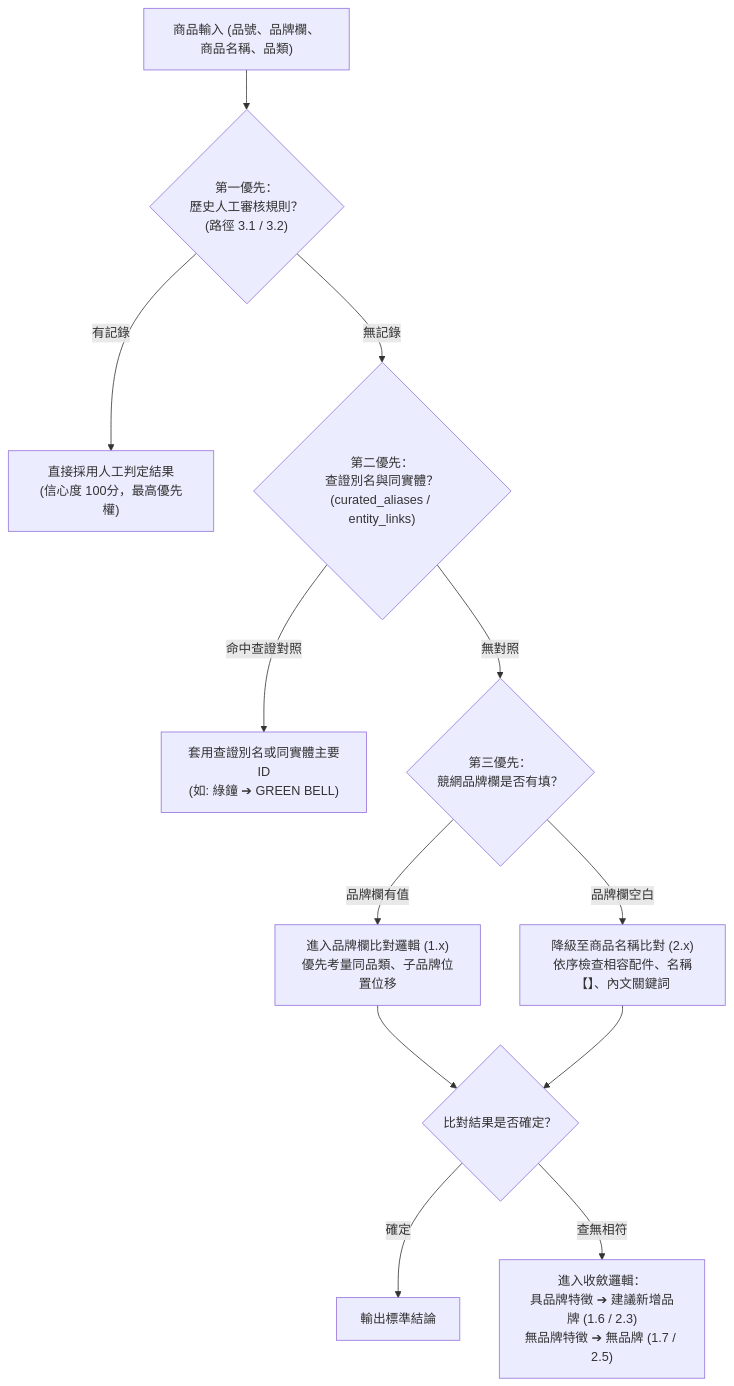
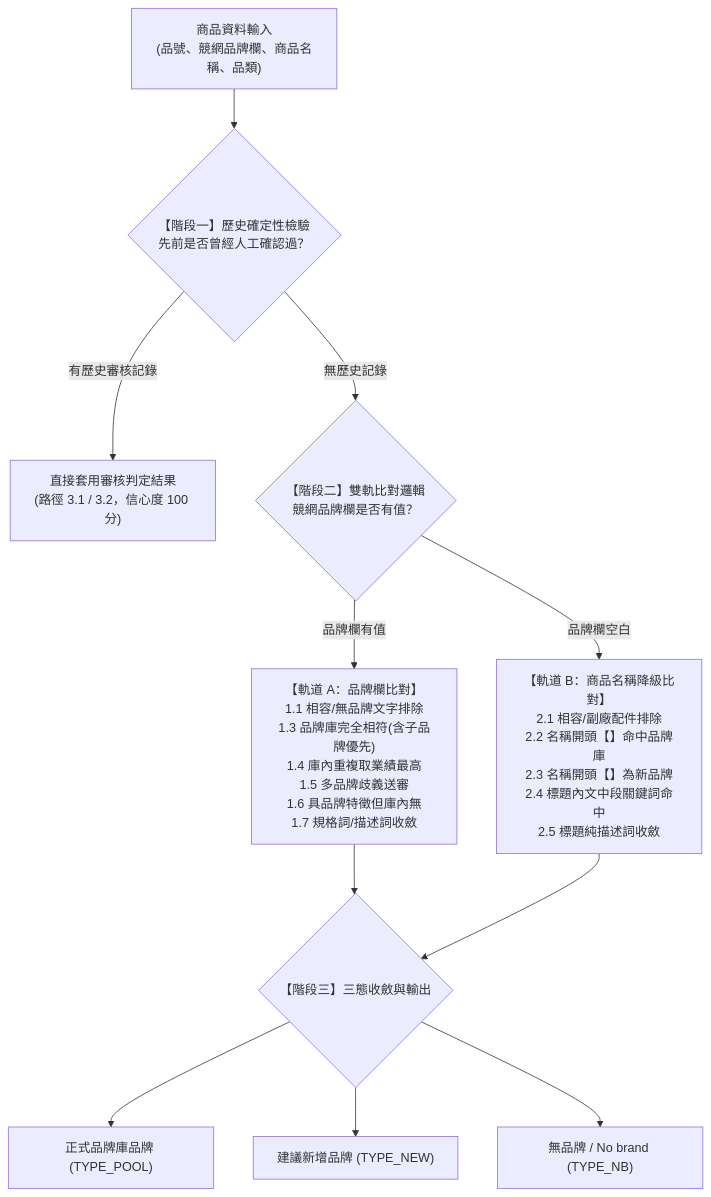
The diagram in 判斷規則與流程.md (griffin-hihihi/brand-tagging-Doc), drawn with Mermaid before and after one commit. The commit also changed other lines of this file and 3 other files, not shown here.

````diff
--- a/判斷規則與流程.md
+++ b/判斷規則與流程.md
@@ -15,16 +38,18 @@
 ```mermaid
 flowchart TD
-    Start["商品輸入 (品號、品牌欄、商品名稱、品類)"] --> P1{"第一優先：<br>歷史人工審核規則？<br>(路徑 3.1 / 3.2)"}
-    P1 -- "有記錄" --> End1["直接採用人工判定結果<br>(信心度 100分，最高優先權)"]
-    P1 -- "無記錄" --> P2{"第二優先：<br>查證別名與同實體？<br>(curated_aliases / entity_links)"}
-    P2 -- "命中查證對照" --> End2["套用查證別名或同實體主要ID<br>(如: 綠鐘 ➔ GREEN BELL)"]
-    P2 -- "無對照" --> P3{"第三優先：<br>競網品牌欄是否有填？"}
+    Start["商品資料輸入<br>(品號、競網品牌欄、商品名稱、品類)"] --> Step1{"【階段一】歷史確定性檢驗<br>先前是否曾經人工確認過？"}
     
-    P3 -- "品牌欄有值" --> End3["進入品牌欄比對邏輯 (1.x)<br>優先考量同品類、子品牌位置位移"]
-    P3 -- "品牌欄空白" --> End4["降級至商品名稱比對 (2.x)<br>依序檢查相容配件、名稱【】、內文關鍵詞"]
+    Step1 -- "有歷史審核記錄" --> End1["直接套用審核判定結果<br>(路徑 3.1 / 3.2，信心度 100 分)"]
+    Step1 -- "無歷史記錄" --> Step2{"【階段二】雙軌比對邏輯<br>競網品牌欄是否有值？"}
     
-    End3 --> P4{"比對結果是否確定？"}
-    End4 --> P4
-    P4 -- "確定" --> Final["輸出標準結論"]
-    P4 -- "查無相符" --> P5["進入收斂邏輯：<br>具品牌特徵 ➔ 建議新增品牌 (1.6 / 2.3)<br>無品牌特徵 ➔ 無品牌 (1.7 / 2.5)"]
+    Step2 -- "品牌欄有值" --> TrackA["【軌道 A：品牌欄比對】<br>1.1 相容/無品牌文字排除<br>1.3 品牌庫完全相符(含子品牌優先)<br>1.4 庫內重複取業績最高<br>1.5 多品牌歧義送審<br>1.6 具品牌特徵但庫內無<br>1.7 規格詞/描述詞收斂"]
+    
+    Step2 -- "品牌欄空白" --> TrackB["【軌道 B：商品名稱降級比對】<br>2.1 相容/副廠配件排除<br>2.2 名稱開頭【】命中品牌庫<br>2.3 名稱開頭【】為新品牌<br>2.4 標題內文中段關鍵詞命中<br>2.5 標題純描述詞收斂"]
+    
+    TrackA --> Step3{"【階段三】三態收斂與輸出"}
+    TrackB --> Step3
+    
+    Step3 --> Out1["正式品牌庫品牌 (TYPE_POOL)"]
+    Step3 --> Out2["建議新增品牌 (TYPE_NEW)"]
+    Step3 --> Out3["無品牌 / No brand (TYPE_NB)"]
 ```
````
